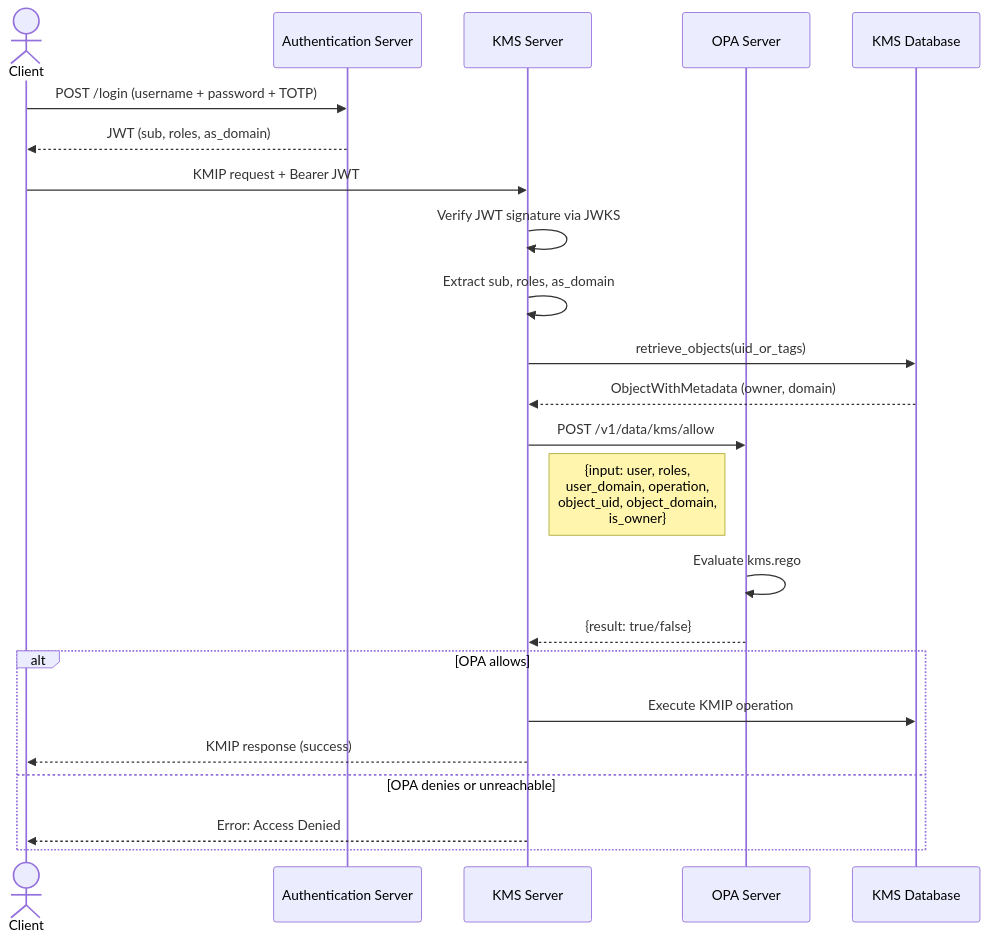
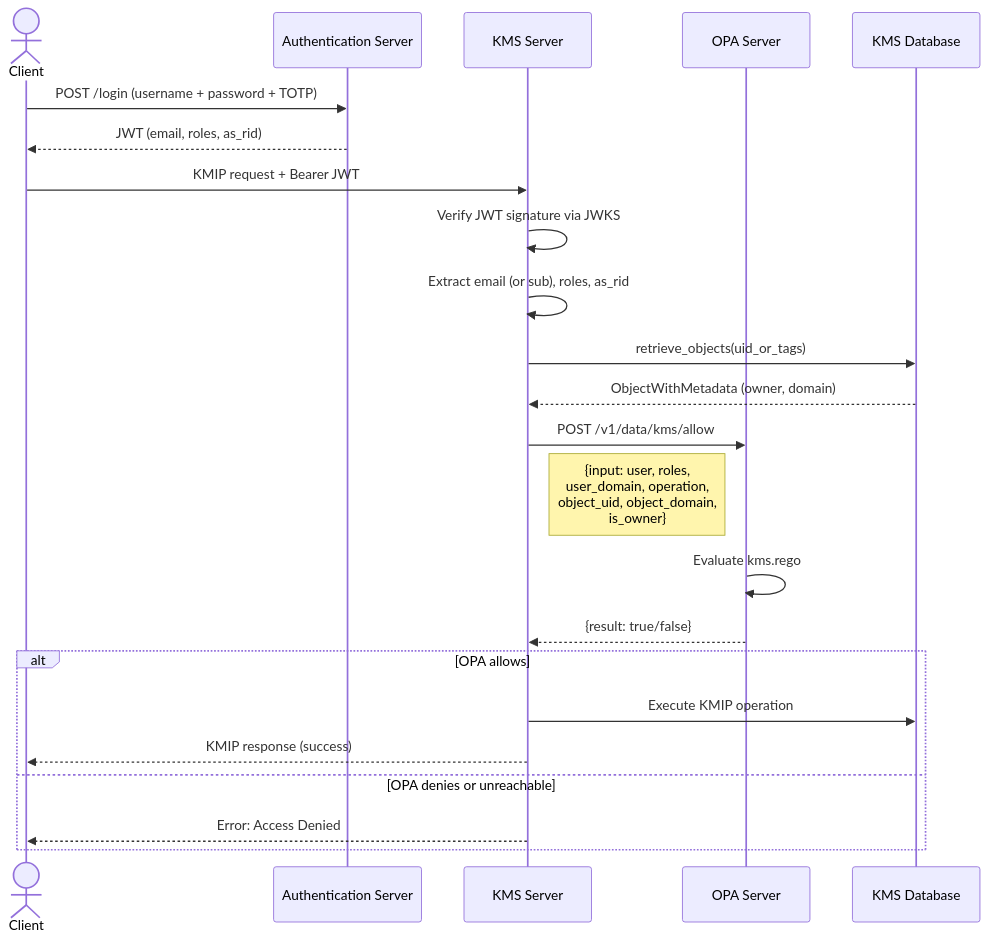
Before and after one commit to Cosmian/kms: the first of 3 diagrams in documentation/docs/configuration/authorization/mode2.md, drawn with Mermaid. The commit also changed other lines of this file and 12 other files, not shown here.

````diff
--- a/documentation/docs/configuration/authorization/mode2.md
+++ b/documentation/docs/configuration/authorization/mode2.md
@@ -40,30 +41,30 @@
 ```mermaid
 sequenceDiagram
     actor Client
     participant AuthSrv as Authentication Server
     participant KMS as KMS Server
     participant OPA as OPA Server
     participant DB as KMS Database
 
     Client->>AuthSrv: POST /login (username + password + TOTP)
-    AuthSrv-->>Client: JWT (sub, roles, as_domain)
+    AuthSrv-->>Client: JWT (email, roles, as_rid)
 
     Client->>KMS: KMIP request + Bearer JWT
     KMS->>KMS: Verify JWT signature via JWKS
-    KMS->>KMS: Extract sub, roles, as_domain
+    KMS->>KMS: Extract email (or sub), roles, as_rid
 
     KMS->>DB: retrieve_objects(uid_or_tags)
     DB-->>KMS: ObjectWithMetadata (owner, domain)
 
     KMS->>OPA: POST /v1/data/kms/allow
     Note right of KMS: {input: user, roles,<br/>user_domain, operation,<br/>object_uid, object_domain,<br/>is_owner}
     OPA->>OPA: Evaluate kms.rego
     OPA-->>KMS: {result: true/false}
 
     alt OPA allows
         KMS->>DB: Execute KMIP operation
         KMS-->>Client: KMIP response (success)
     else OPA denies or unreachable
         KMS-->>Client: Error: Access Denied
     end
 ```
````
